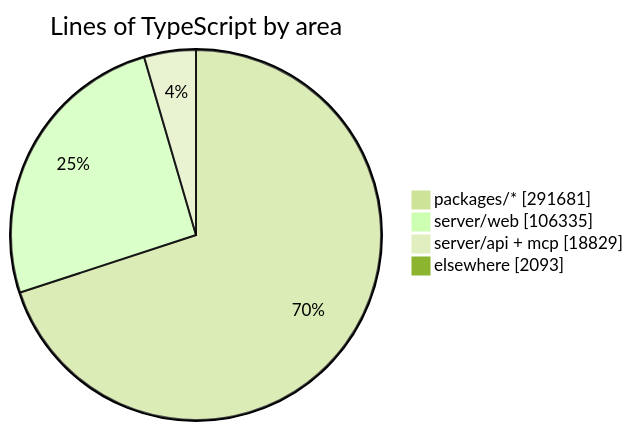
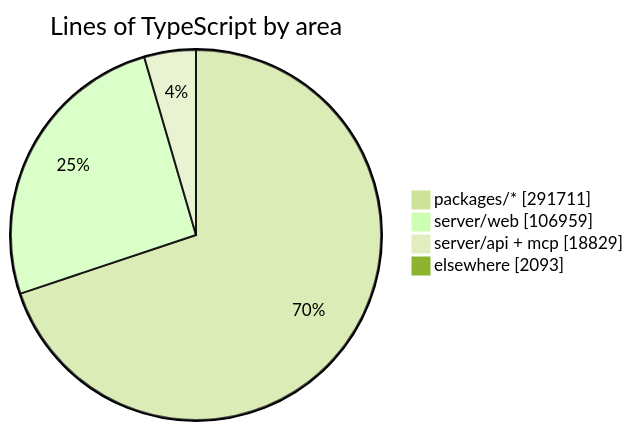
Before and after one commit to crossworks-engineering/mantle: the diagram in README.md, drawn with Mermaid (forest theme). The commit also changed other lines of this file and 2 other files, not shown here.

````diff
--- a/README.md
+++ b/README.md
@@ -294,7 +294,7 @@
 ```mermaid
 pie showData title Lines of TypeScript by area
-    "packages/*" : 291681
-    "server/web" : 106335
+    "packages/*" : 291711
+    "server/web" : 106959
     "server/api + mcp" : 18829
     "elsewhere" : 2093
 ```
````
